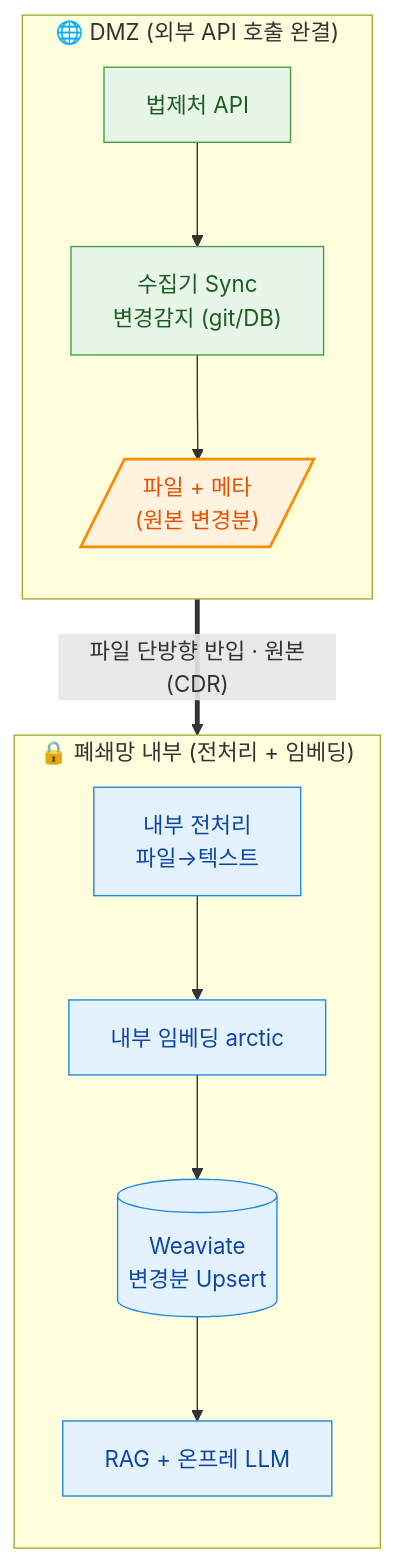
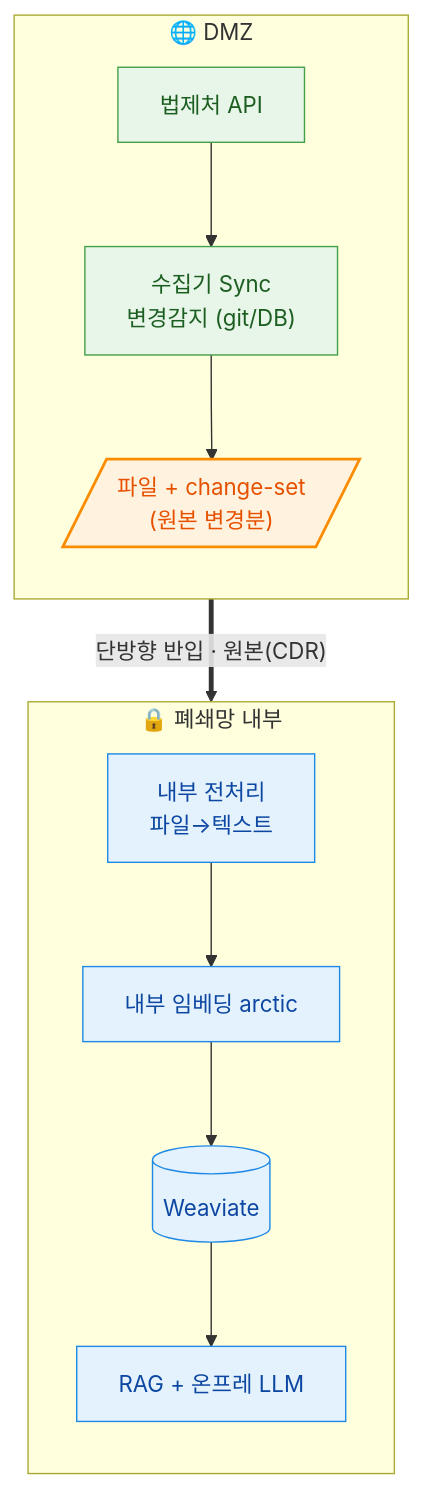
One commit to genonai/law_ai changed the third of 3 diagrams in 아키텍처.md. Above: the diagram before and after it, drawn with Mermaid. The commit also changed other lines of this file and 3 other files, not shown here.

````diff
--- a/아키텍처.md
+++ b/아키텍처.md
@@ -124,21 +60,20 @@
 ```mermaid
 flowchart TB
   classDef dmz fill:#e8f5e9,stroke:#43a047,color:#1b5e20;
   classDef cross fill:#fff3e0,stroke:#fb8c00,color:#e65100,stroke-width:2px;
   classDef inside fill:#e3f2fd,stroke:#1e88e5,color:#0d47a1;
-  subgraph DMZ["🌐 DMZ (외부 API 호출 완결)"]
+  subgraph DMZ["🌐 DMZ"]
     direction TB
     A["법제처 API"] --> B["수집기 Sync<br/>변경감지 (git/DB)"]
-    B --> C[/"파일 + 메타<br/>(원본 변경분)"/]
+    B --> C[/"파일 + change-set<br/>(원본 변경분)"/]
   end
   class A,B dmz
   class C cross
-  subgraph IN["🔒 폐쇄망 내부 (전처리 + 임베딩)"]
+  subgraph IN["🔒 폐쇄망 내부"]
     direction TB
     D["내부 전처리<br/>파일→텍스트"] --> E["내부 임베딩 arctic"]
-    E --> F[("Weaviate<br/>변경분 Upsert")]
-    F --> G["RAG + 온프레 LLM"]
+    E --> F[("Weaviate")] --> G["RAG + 온프레 LLM"]
   end
   class D,E,F,G inside
-  C ==>|"파일 단방향 반입 · 원본(CDR)"| D
+  C ==>|"단방향 반입 · 원본(CDR)"| D
 ```
````
